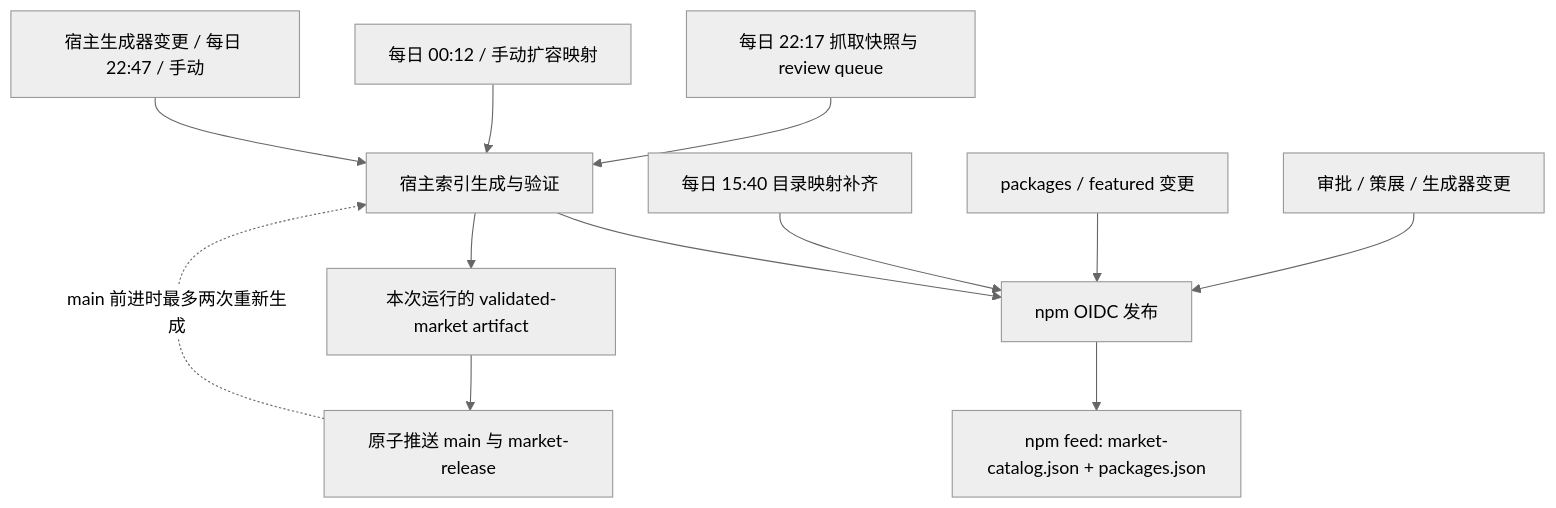
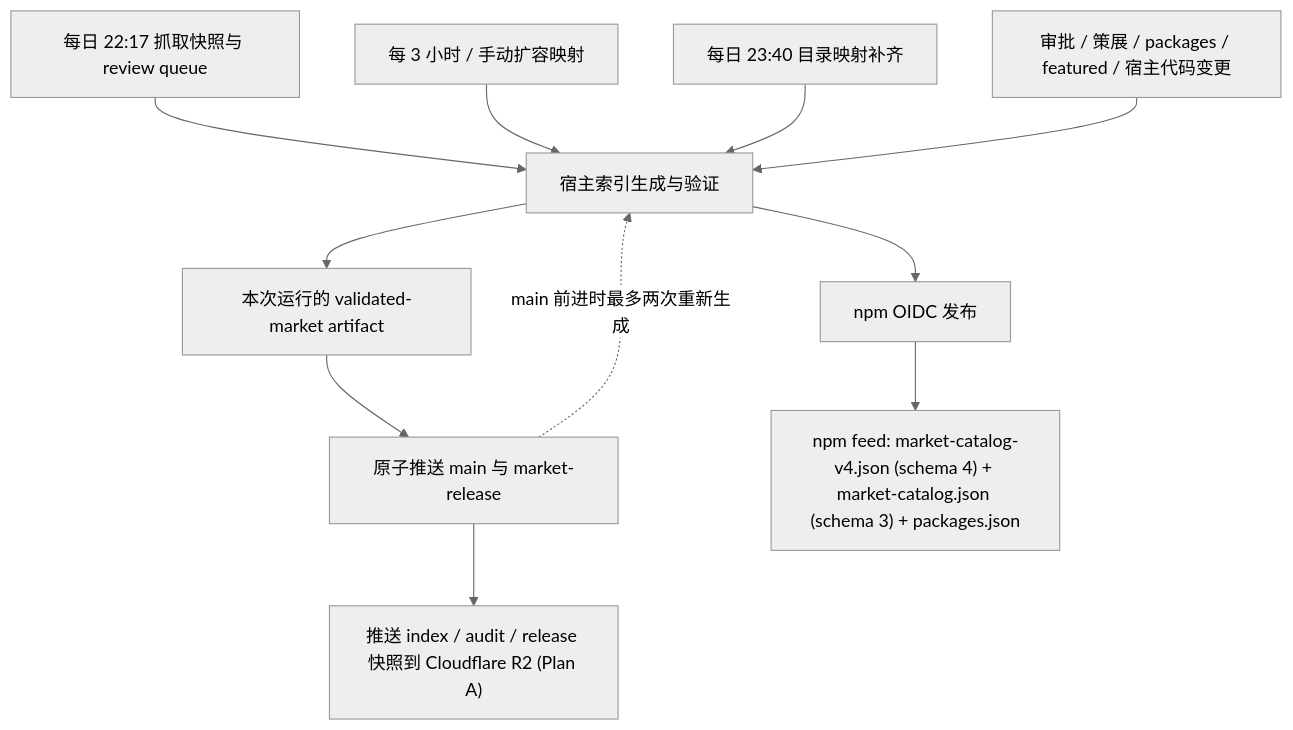
Before and after one commit to bruc3van/awesome-dsh-plugin: the diagram in .github/CI.md, drawn with Mermaid (neutral theme). The commit also changed other lines of this file and 24 other files, not shown here.

````diff
--- a/.github/CI.md
+++ b/.github/CI.md
@@ -5,14 +5,13 @@
 ```mermaid
 flowchart TD
-  Daily[每日 22:17 抓取快照与 review queue] --> Host[宿主索引生成与验证]
-  Curation[审批 / 策展 / 生成器变更] --> NPM[npm OIDC 发布]
-  Expand[每日 00:12 / 手动扩容映射] --> Host
-  Mapping[packages / featured 变更] --> NPM
-  Fill[每日 15:40 目录映射补齐] --> NPM
-  HostCode[宿主生成器变更 / 每日 22:47 / 手动] --> Host
-  Host --> Artifact[本次运行的 validated-market artifact]
-  Artifact --> Publish[原子推送 main 与 market-release]
+  Daily["每日 22:17 抓取快照与 review queue"] --> Host["宿主索引生成与验证"]
+  Expand["每 3 小时 / 手动扩容映射"] --> Host
+  Fill["每日 23:40 目录映射补齐"] --> Host
+  Curation["审批 / 策展 / packages / featured / 宿主代码变更"] --> Host
+  Host --> Artifact["本次运行的 validated-market artifact"]
+  Artifact --> Publish["原子推送 main 与 market-release"]
   Publish -. main 前进时最多两次重新生成 .-> Host
-  Host --> NPM
-  NPM --> Feed[npm feed: market-catalog.json + packages.json]
+  Publish --> R2["推送 index / audit / release 快照到 Cloudflare R2 (Plan A)"]
+  Host --> NPM["npm OIDC 发布"]
+  NPM --> Feed["npm feed: market-catalog-v4.json (schema 4) + market-catalog.json (schema 3) + packages.json"]
 ```
````
